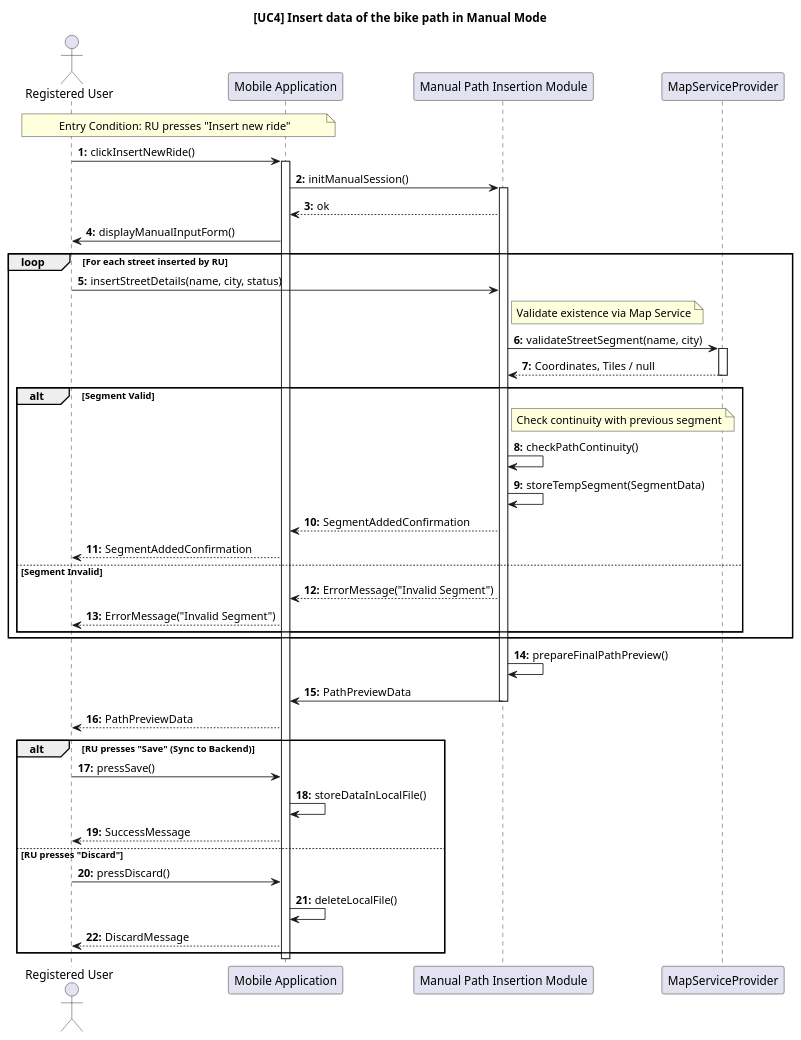
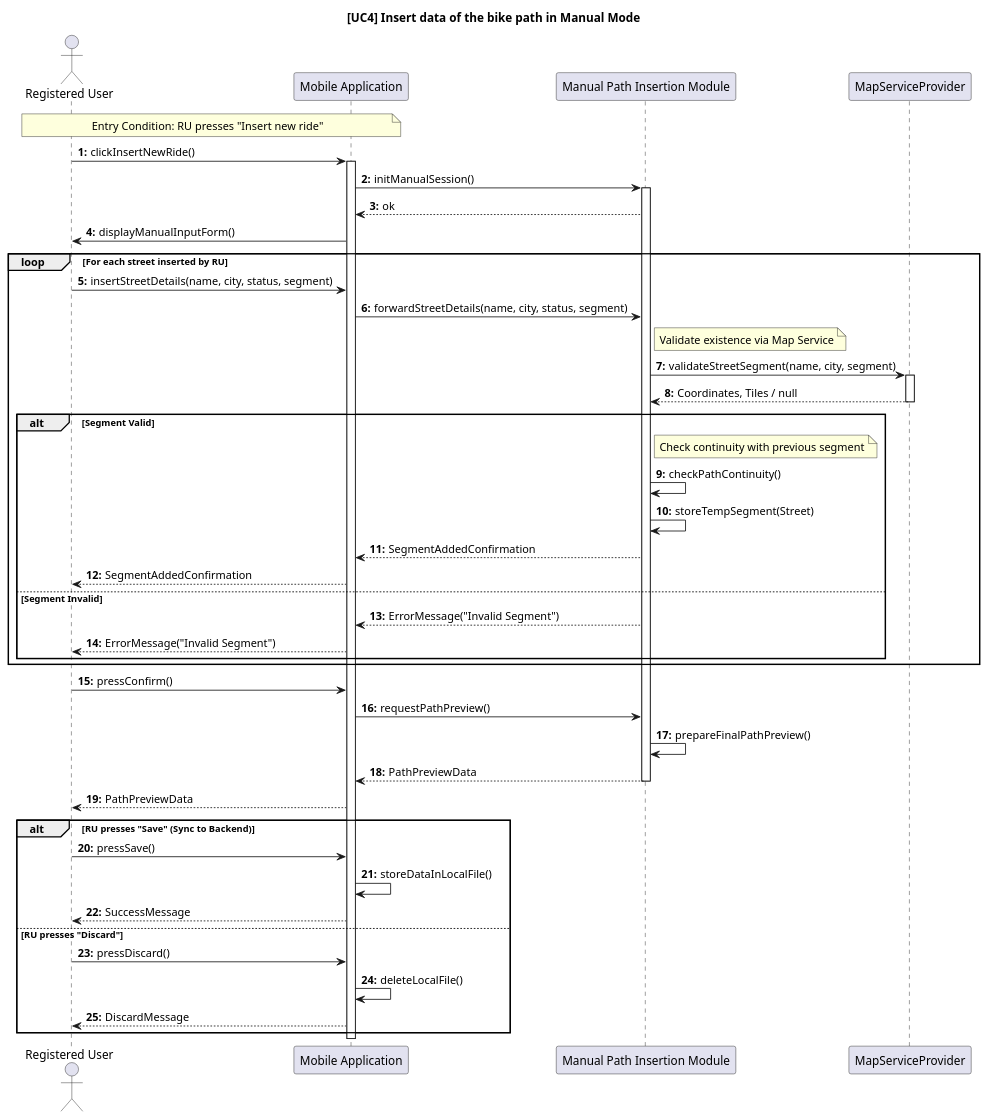
One commit to ilevinci/RubinoUvinsiVinciguerra changed the diagram in DD/sequencediagrams/usecase4.puml. Above: the diagram before and after it, drawn with PlantUML. The commit also changed 7 other files, not shown here.

Commit message:
refinement of use case diagrams (maybe last version, i hope)

```diff
--- a/DD/sequencediagrams/usecase4.puml
+++ b/DD/sequencediagrams/usecase4.puml
@@ -1,82 +1,85 @@
 @startuml UC4_InsertManualMode_Design
 autonumber "<b>0:"
 title [UC4] Insert data of the bike path in Manual Mode
 
 ' =======================================================
 ' COMPONENT DEFINITION
 ' =======================================================
 actor "Registered User" as RU
 participant "Mobile Application" as Client
 participant "Manual Path Insertion Module" as MPIM
 
 ' External Service (Validazione Geografica)
 participant "MapServiceProvider" as Map
 
 ' =======================================================
 ' ENTRY CONDITION
 ' =======================================================
 note over RU, Client: Entry Condition: RU presses "Insert new ride"
 
 ' =======================================================
 ' INITIALIZATION
 ' =======================================================
 RU -> Client: clickInsertNewRide()
 activate Client
 Client -> MPIM: initManualSession()
 activate MPIM
 MPIM --> Client: ok
 Client-> RU: displayManualInputForm()
 
 ' =======================================================
 ' (a) & (b) ITERATIVE INSERTION & VALIDATION
 ' =======================================================
 loop For each street inserted by RU
-    RU -> MPIM: insertStreetDetails(name, city, status)
-    
+    RU -> Client: insertStreetDetails(name, city, status, segment)
+    Client -> MPIM: forwardStreetDetails(name, city, status, segment)
+
     ' Validazione Esterna (Smart Client)
     note right of MPIM: Validate existence via Map Service
-    MPIM -> Map: validateStreetSegment(name, city)
+    MPIM -> Map: validateStreetSegment(name, city, segment)
     activate Map
     Map --> MPIM: Coordinates, Tiles / null
     deactivate Map
     
     alt Segment Valid
         ' Validazione Logica Locale
         note right of MPIM: Check continuity with previous segment
         MPIM -> MPIM: checkPathContinuity()
         
-        MPIM -> MPIM: storeTempSegment(SegmentData)
+        MPIM -> MPIM: storeTempSegment(Street)
         MPIM --> Client: SegmentAddedConfirmation
         Client --> RU: SegmentAddedConfirmation
     else Segment Invalid
         MPIM --> Client: ErrorMessage("Invalid Segment")
         Client --> RU: ErrorMessage("Invalid Segment")
     end
 end
 
 ' =======================================================
 ' (c) PREVIEW
 ' =======================================================
 
+RU -> Client: pressConfirm()
+Client -> MPIM: requestPathPreview()
 MPIM -> MPIM: prepareFinalPathPreview()
-MPIM -> Client: PathPreviewData
+MPIM --> Client: PathPreviewData
 deactivate MPIM
 Client --> RU: PathPreviewData
 
 ' =======================================================
 ' EXIT CONDITION: SAVE OR DISCARD
 ' =======================================================
 alt RU presses "Save" (Sync to Backend)
     RU -> Client: pressSave()
     
     Client -> Client: storeDataInLocalFile()
     Client --> RU: SuccessMessage
 
 else RU presses "Discard"
     RU -> Client: pressDiscard()
     Client -> Client: deleteLocalFile()
     Client --> RU: DiscardMessage
 end
 
 deactivate Client
 @enduml
```
